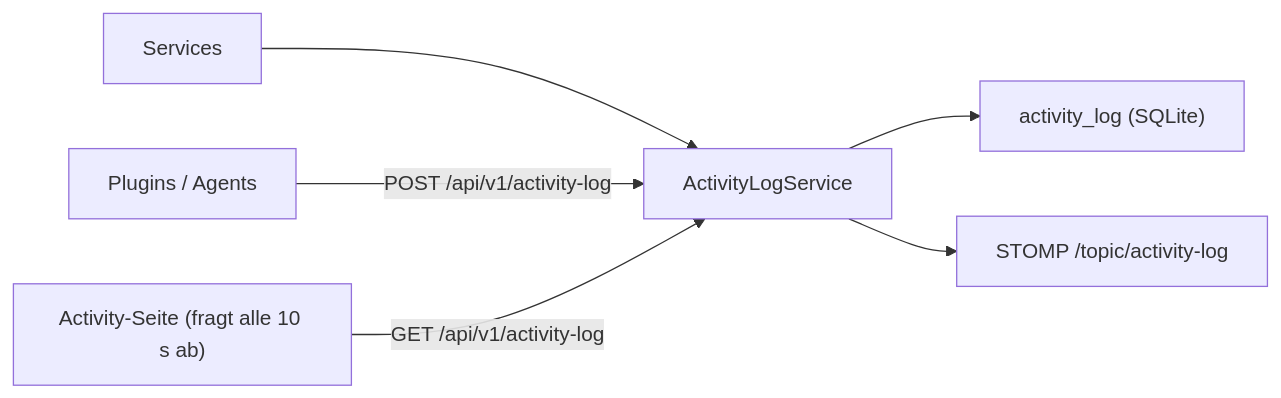
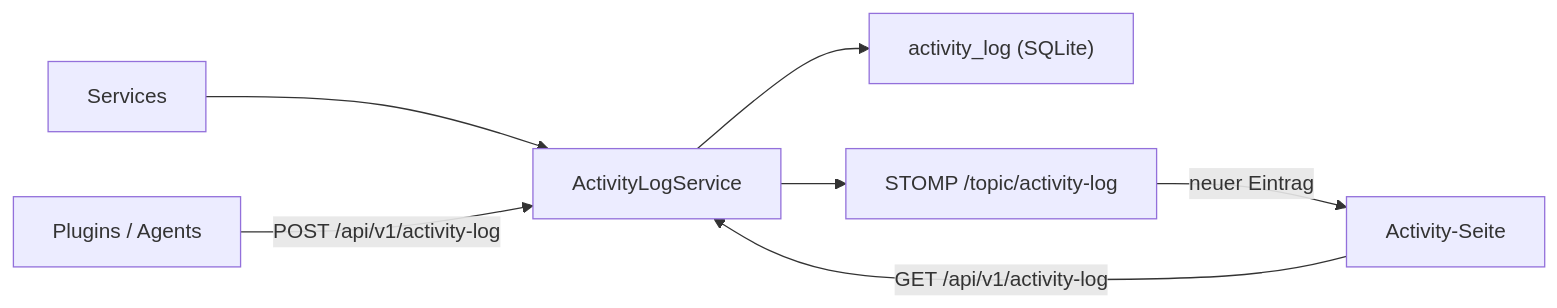
Before and after one commit to FLSEST/MySuricates: the second of 2 diagrams in docs/logging-monitoring-diagrams.md, drawn with Mermaid. The commit also changed other lines of this file and 7 other files, not shown here.

First line of the commit message:
feat(activity): Activity pages subscribe to /topic/activity-log instead of polling every 10 s

````diff
--- a/docs/logging-monitoring-diagrams.md
+++ b/docs/logging-monitoring-diagrams.md
@@ -26,8 +26,9 @@
 ```mermaid
 flowchart LR
     SVC["Services"] --> ALS["ActivityLogService"]
     PLG["Plugins / Agents"] -->|"POST /api/v1/activity-log"| ALS
     ALS --> DB["activity_log (SQLite)"]
     ALS --> TOP["STOMP /topic/activity-log"]
-    UI["Activity-Seite (fragt alle 10 s ab)"] -->|"GET /api/v1/activity-log"| ALS
+    TOP -->|"neuer Eintrag"| UI["Activity-Seite"]
+    UI -->|"GET /api/v1/activity-log"| ALS
 ```
````
